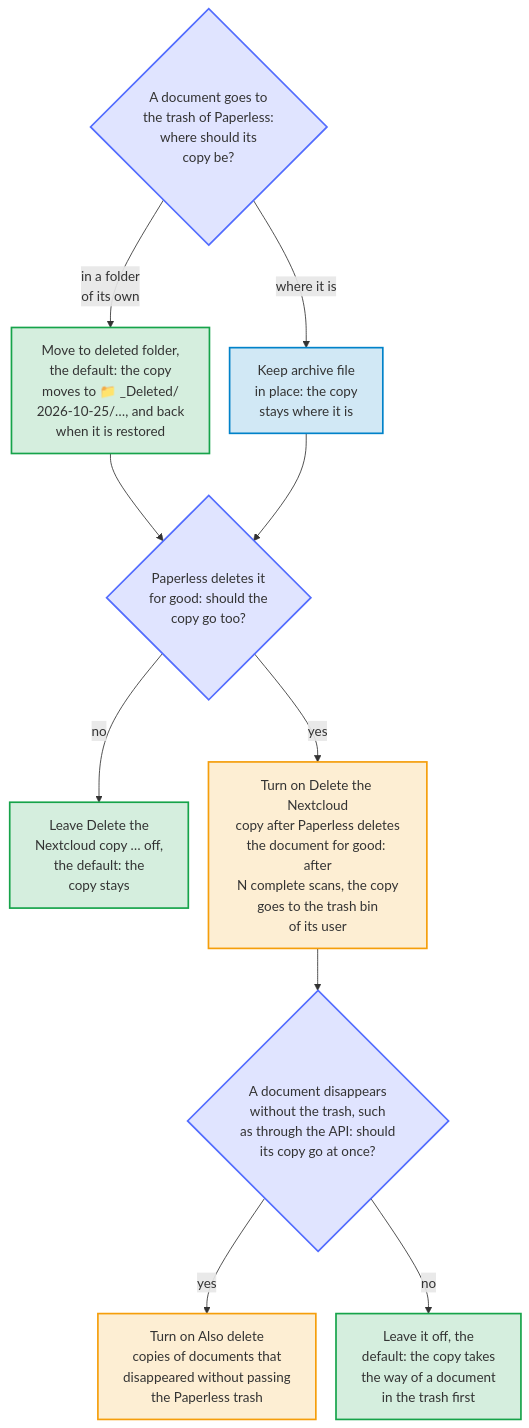
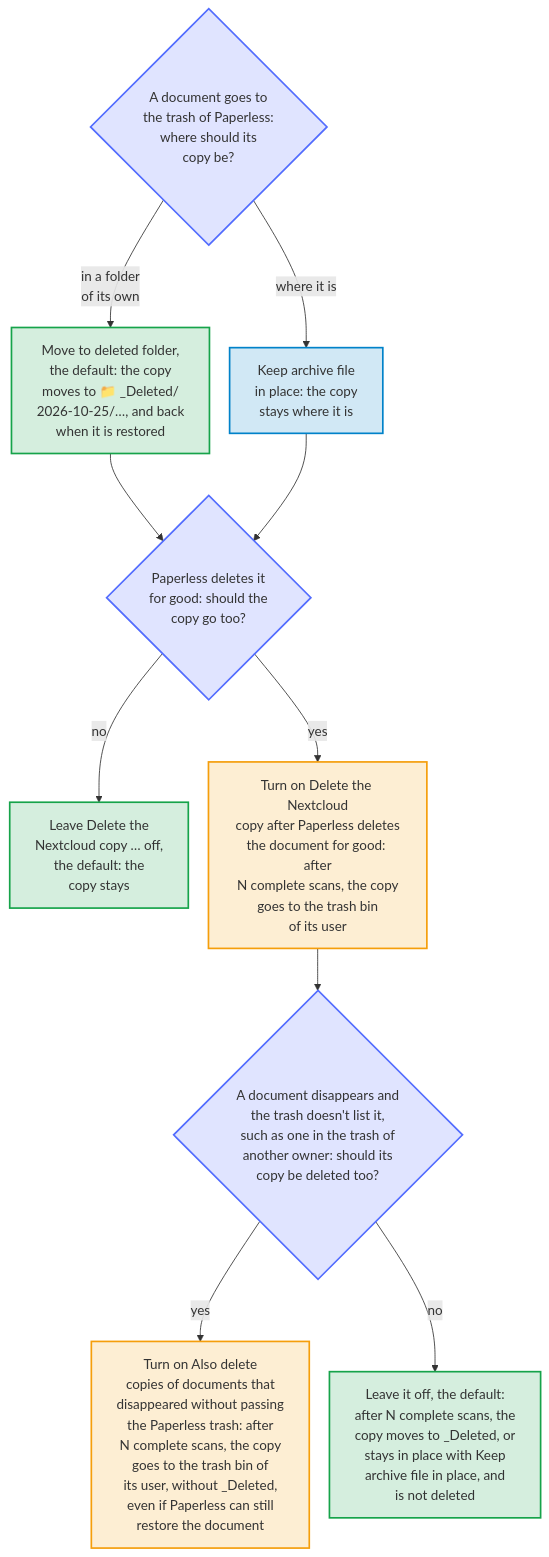
Before and after one commit to Dennis-Otto/paperless-sync: the diagram in docs/diagrams/which-deletion-settings-do-i-need.mmd, drawn with Mermaid. The commit also changed 11 other files, not shown here.

First line of the commit message:
docs: say what the deletion switch for vanished documents really does

```diff
--- a/docs/diagrams/which-deletion-settings-do-i-need.mmd
+++ b/docs/diagrams/which-deletion-settings-do-i-need.mmd
@@ -1,37 +1,37 @@
 ---
 config:
   flowchart:
     nodeSpacing: 24
 ---
 flowchart TB
     accTitle: Which deletion settings you need
-    accDescr: The section Trash and deletion safety answers three questions. First, where the copy of a document goes that went to the trash of Paperless: with the Paperless trash behavior Move to deleted folder, the default, it moves into _Deleted, below the day on which the document went to the trash, and comes back when the document is restored; with Keep archive file in place, it stays where it is. Second, whether the copy goes too once Paperless deleted the document for good: leave Delete the Nextcloud copy after Paperless deletes the document for good off, the default, and the copy stays; turn it on, and the copy goes to the trash bin of its user in Nextcloud after N complete scans without the document, where N is the setting Required consecutive missing scans, three by default. Third, with that switch on, whether the copy of a document that disappeared without passing the Paperless trash, such as one deleted through the API, goes at once: turn on Also delete copies of documents that disappeared without passing the Paperless trash; leave it off, the default, and that copy takes the way of a document in the trash first. The questions are indigo, the safe defaults green, the other way to keep copies blue and the switches that delete copies amber.
+    accDescr: The section Trash and deletion safety answers three questions. First, where the copy of a document goes that went to the trash of Paperless: with the Paperless trash behavior Move to deleted folder, the default, it moves into _Deleted, below the day on which the document went to the trash, and comes back when the document is restored; with Keep archive file in place, it stays where it is. Second, whether the copy goes too once Paperless deleted the document for good: leave Delete the Nextcloud copy after Paperless deletes the document for good off, the default, and the copy stays; turn it on, and the copy goes to the trash bin of its user in Nextcloud after N complete scans without the document, where N is the setting Required consecutive missing scans, three by default. Third, with that switch on, whether the copy is deleted too of a document that disappears while the trash doesn't list it, such as one in the trash of another owner, which the account of the app can't see: turn on Also delete copies of documents that disappeared without passing the Paperless trash, and after N complete scans the copy goes to the trash bin of its user, without _Deleted, even if Paperless can still restore the document; leave it off, the default, and after N complete scans the copy moves to _Deleted, or stays in place with Keep archive file in place, and is not deleted. The questions are indigo, the safe defaults green, the other way to keep copies blue and the switches that delete copies amber.
 
     trashed{"A document goes to<br>the trash of Paperless:<br>where should its<br>copy be?"}
     move["Move to deleted folder,<br>the default: the copy<br>moves to 📁 _Deleted/<br>2026-10-25/…, and back<br>when it is restored"]
     keep["Keep archive file<br>in place: the copy<br>stays where it is"]
     gone{"Paperless deletes it<br>for good: should the<br>copy go too?"}
     stays["Leave Delete the<br>Nextcloud copy … off,<br>the default: the<br>copy stays"]
     permanent["Turn on Delete the Nextcloud<br>copy after Paperless deletes<br>the document for good: after<br>N complete scans, the copy<br>goes to the trash bin<br>of its user"]
-    vanished{"A document disappears<br>without the trash, such<br>as through the API: should<br>its copy go at once?"}
-    direct["Turn on Also delete<br>copies of documents that<br>disappeared without passing<br>the Paperless trash"]
-    first["Leave it off, the<br>default: the copy takes<br>the way of a document<br>in the trash first"]
+    vanished{"A document disappears and<br>the trash doesn't list it,<br>such as one in the trash of<br>another owner: should its<br>copy be deleted too?"}
+    direct["Turn on Also delete<br>copies of documents that<br>disappeared without passing<br>the Paperless trash: after<br>N complete scans, the copy<br>goes to the trash bin of<br>its user, without _Deleted,<br>even if Paperless can still<br>restore the document"]
+    first["Leave it off, the default:<br>after N complete scans, the<br>copy moves to _Deleted, or<br>stays in place with Keep<br>archive file in place, and<br>is not deleted"]
 
     trashed -- "in a folder<br>of its own" --> move
     trashed -- "where it is" --> keep
     move --> gone
     keep --> gone
     gone -- "no" --> stays
     gone -- "yes" --> permanent
     permanent --> vanished
     vanished -- "yes" --> direct
     vanished -- "no" --> first
 
     classDef check fill:#526cfe2e,stroke:#526cfe,stroke-width:2px
     classDef kept fill:#16a34a2e,stroke:#16a34a,stroke-width:2px
     classDef nextcloud fill:#0082c92e,stroke:#0082c9,stroke-width:2px
     classDef warning fill:#f59e0b2e,stroke:#f59e0b,stroke-width:2px
     class trashed,gone,vanished check
     class move,stays,first kept
     class keep nextcloud
     class permanent,direct warning
```
